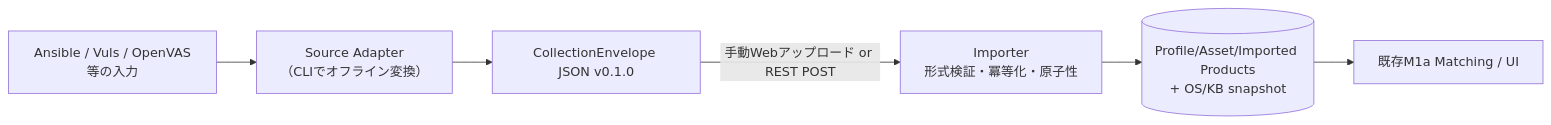
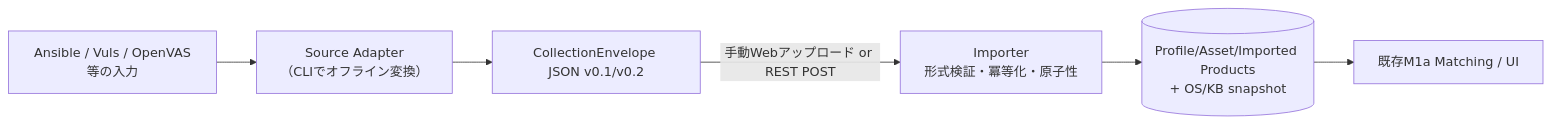
One commit to zawa356/vulnfolio changed the diagram in docs/poc-m1-import.md. Above: the diagram before and after it, drawn with Mermaid. The commit also changed other lines of this file and 28 other files, not shown here.

````diff
--- a/docs/poc-m1-import.md
+++ b/docs/poc-m1-import.md
@@ -10,8 +10,8 @@
 ```mermaid
 flowchart LR
   A["Ansible / Vuls / OpenVAS等の入力"] --> B["Source Adapter\n（CLIでオフライン変換）"]
-  B --> C["CollectionEnvelope JSON v0.1.0"]
+  B --> C["CollectionEnvelope JSON v0.1/v0.2"]
   C -->|手動Webアップロード or REST POST| D["Importer\n形式検証・冪等化・原子性"]
   D --> E[("Profile/Asset/Imported Products\n+ OS/KB snapshot")]
   E --> F["既存M1a Matching / UI"]
 ```
````
